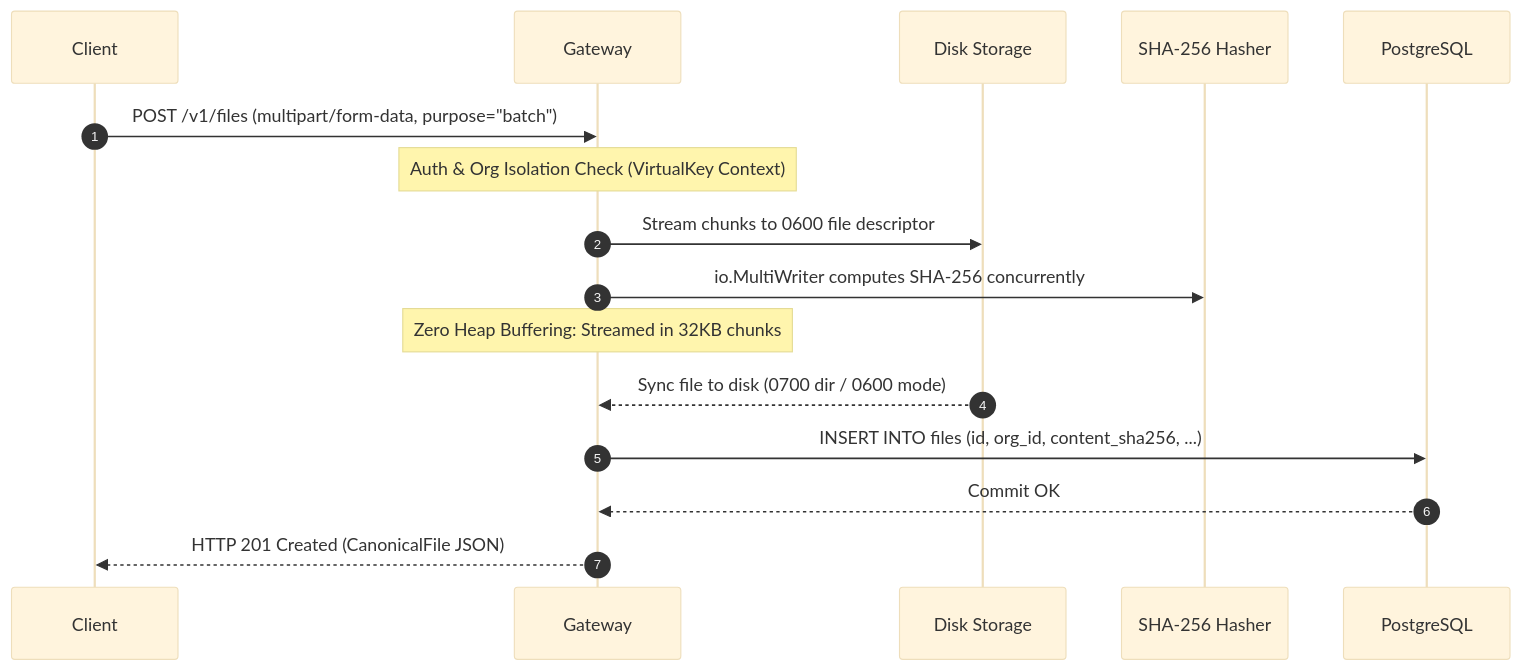
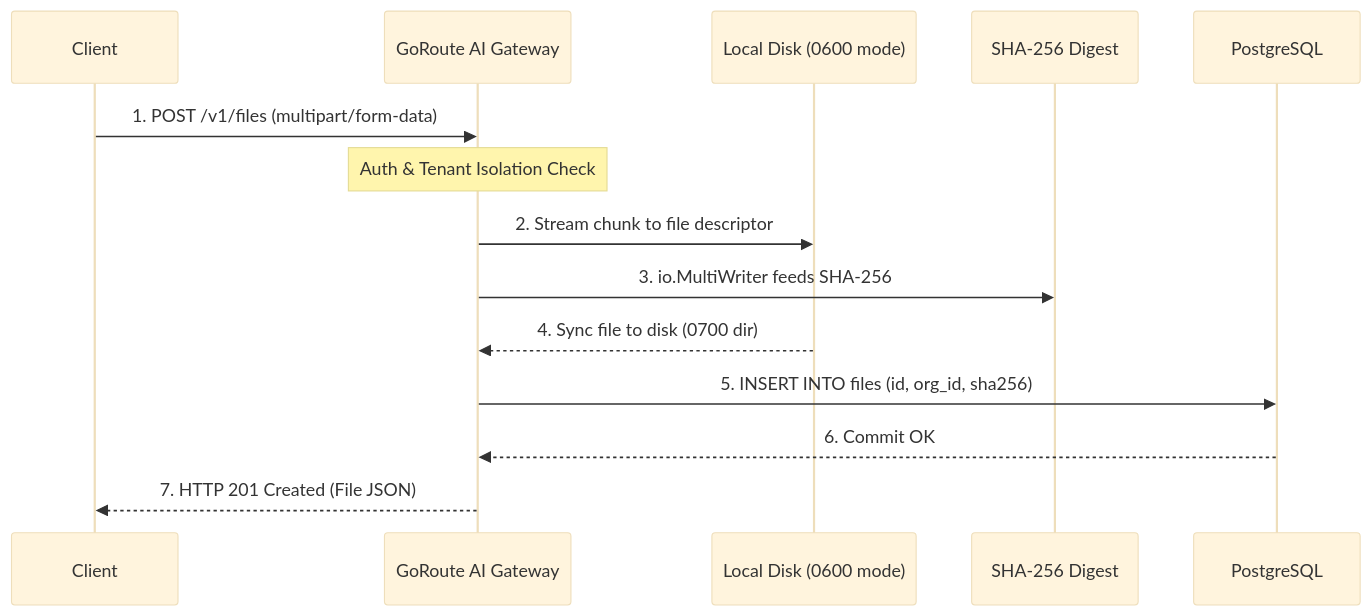
The diagram in docs/data-plane/files.md (goroute-ai/goroute-ai.github.io), drawn with Mermaid (base theme) before and after one commit. The commit also changed 12 other files, not shown here.

Commit message:
fix(mermaid): overhaul sequence diagrams, eliminate parser drops, and polish styling

````diff
--- a/docs/data-plane/files.md
+++ b/docs/data-plane/files.md
@@ -34,13 +34,17 @@
 ```mermaid
 sequenceDiagram
-    autonumber
-    Client ->> Gateway: POST /v1/files (multipart/form-data, purpose="batch")
-    Note over Gateway: Auth & Org Isolation Check (VirtualKey Context)
-    Gateway ->> Disk Storage: Stream chunks to 0600 file descriptor
-    Gateway ->> SHA-256 Hasher: io.MultiWriter computes SHA-256 concurrently
-    Note over Gateway: Zero Heap Buffering: Streamed in 32KB chunks
-    Disk Storage -->> Gateway: Sync file to disk (0700 dir / 0600 mode)
-    Gateway ->> PostgreSQL: INSERT INTO files (id, org_id, content_sha256, ...)
-    PostgreSQL -->> Gateway: Commit OK
-    Gateway -->> Client: HTTP 201 Created (CanonicalFile JSON)
+    participant Client
+    participant GW as GoRoute AI Gateway
+    participant Disk as Local Disk (0600 mode)
+    participant Hasher as SHA-256 Digest
+    participant DB as PostgreSQL
+
+    Client->>GW: 1. POST /v1/files (multipart/form-data)
+    Note over GW: Auth & Tenant Isolation Check
+    GW->>Disk: 2. Stream chunk to file descriptor
+    GW->>Hasher: 3. io.MultiWriter feeds SHA-256
+    Disk-->>GW: 4. Sync file to disk (0700 dir)
+    GW->>DB: 5. INSERT INTO files (id, org_id, sha256)
+    DB-->>GW: 6. Commit OK
+    GW-->>Client: 7. HTTP 201 Created (File JSON)
 ```
````
